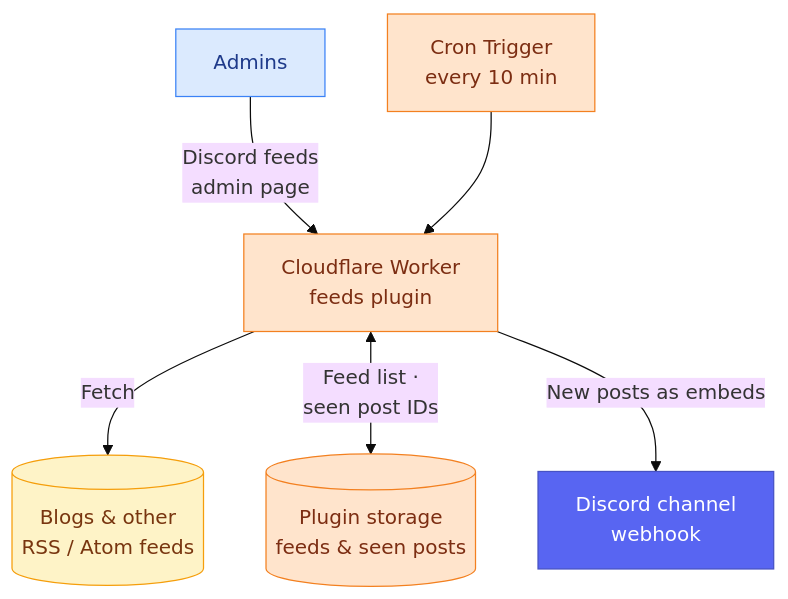
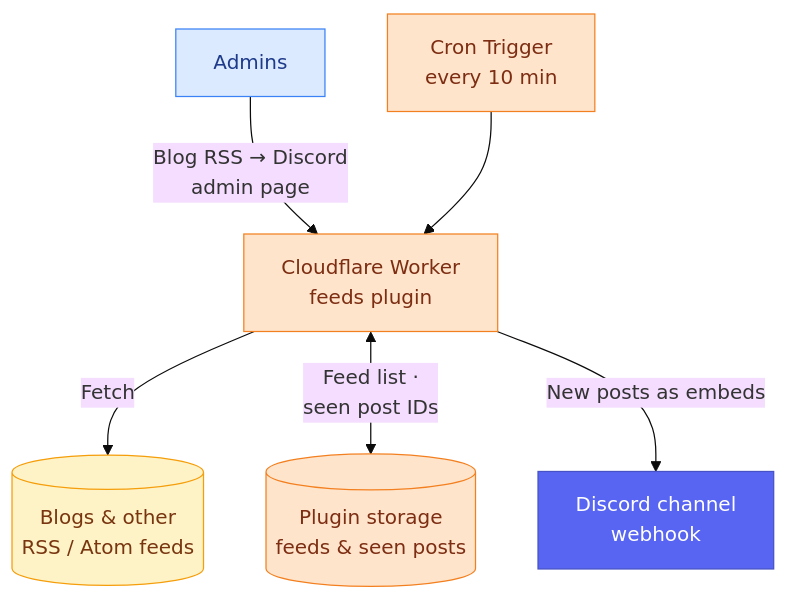
The second of 2 diagrams in worker/README.md (inovus-labs/kiosk.inovuslabs.org), drawn with Mermaid (base theme) before and after one commit. The commit also changed other lines of this file and 5 other files, not shown here.

Commit message:
refactor(worker): rename the feeds page to Blog RSS → Discord

````diff
--- a/worker/README.md
+++ b/worker/README.md
@@ -96,25 +96,25 @@
 ```mermaid
 flowchart TD
     %% ── Sources ─────────────────────────────────
     U[Admins]:::user
     F[(Blogs & other<br/>RSS / Atom feeds)]:::source
 
     %% ── Worker ──────────────────────────────────
     CR[Cron Trigger<br/>every 10 min]:::cf
     W[Cloudflare Worker<br/>feeds plugin]:::cf
     KV[(Plugin storage<br/>feeds & seen posts)]:::cf
 
     %% ── Delivery ────────────────────────────────
     D[Discord channel<br/>webhook]:::discord
 
-    U -->|Discord feeds<br/>admin page| W
+    U -->|Blog RSS → Discord<br/>admin page| W
     CR --> W
     W -->|Fetch| F
     W <-->|Feed list ·<br/>seen post IDs| KV
     W -->|New posts as embeds| D
 
     classDef user    fill:#DBEAFE,stroke:#3B82F6,color:#1E3A8A;
     classDef source  fill:#FEF3C7,stroke:#F59E0B,color:#78350F;
     classDef cf      fill:#FFE4CC,stroke:#F38020,color:#7C2D12;
     classDef discord fill:#5865F2,stroke:#4752C4,color:#FFFFFF;
 ```
````
